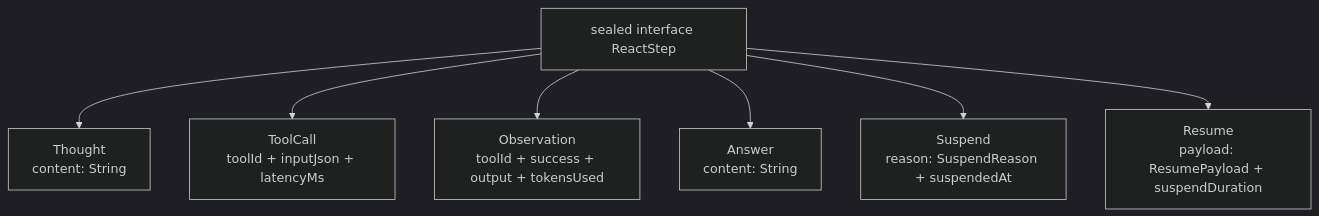
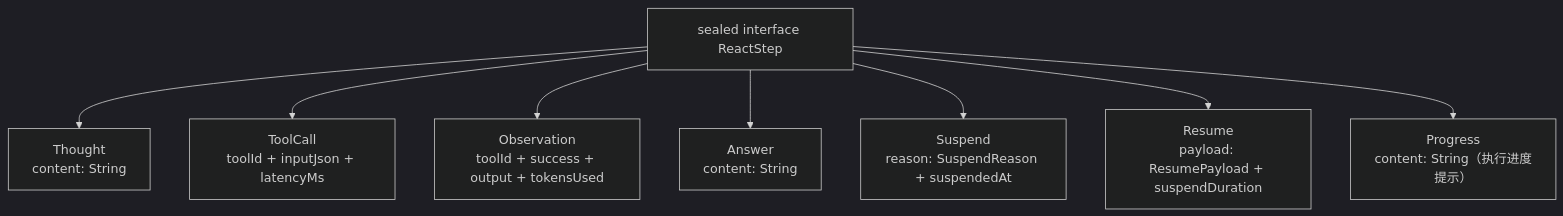
Diagram 16 of 35 in ARCHITECTURE-DIAGRAMS.md (ntygod/LifePilot), drawn with Mermaid (dark theme) before and after one commit. The commit also changed other lines of this file and 46 other files, not shown here.

````diff
--- a/ARCHITECTURE-DIAGRAMS.md
+++ b/ARCHITECTURE-DIAGRAMS.md
@@ -727,10 +725,11 @@
 ```mermaid
 graph TB
     RS[sealed interface ReactStep]
     RS --> Thought[Thought<br/>content: String]
     RS --> ToolCall[ToolCall<br/>toolId + inputJson + latencyMs]
     RS --> Observation[Observation<br/>toolId + success + output + tokensUsed]
     RS --> Answer[Answer<br/>content: String]
     RS --> Suspend[Suspend<br/>reason: SuspendReason + suspendedAt]
     RS --> Resume[Resume<br/>payload: ResumePayload + suspendDuration]
+    RS --> Progress[Progress<br/>content: String（执行进度提示）]
 ```
````
